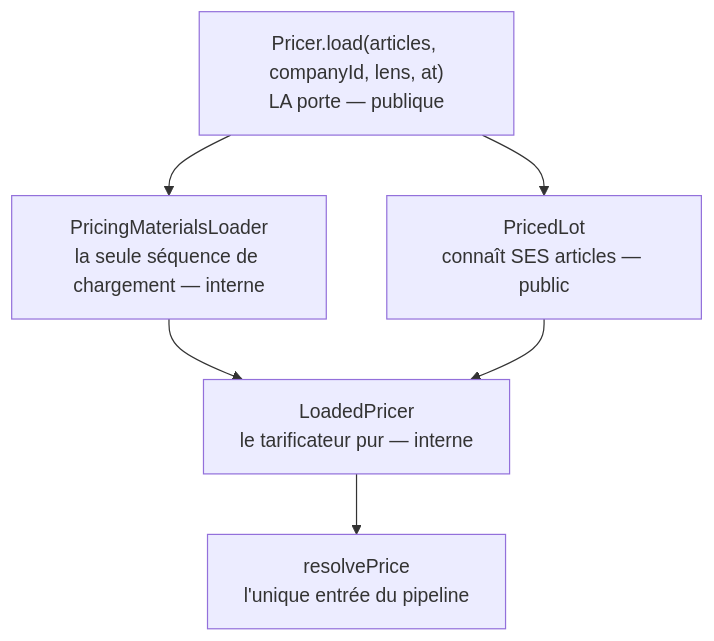
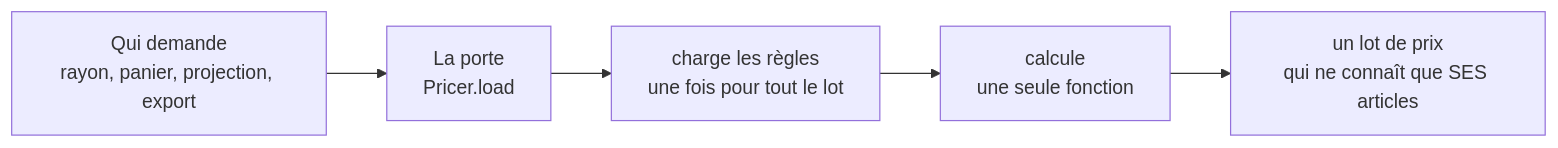
The diagram in documentation/pricing/moteur/architecture-la-porte-du-prix.md (hugoheynard/lfd), drawn with Mermaid before and after one commit. The commit also changed other lines of this file and 1 other file, not shown here.

First line of the commit message:
docs(pricing): la porte du prix, réécrit contre le code

````diff
--- a/documentation/pricing/moteur/architecture-la-porte-du-prix.md
+++ b/documentation/pricing/moteur/architecture-la-porte-du-prix.md
@@ -71,8 +18,7 @@
 ```mermaid
-flowchart TB
-  A["Pricer.load(articles, companyId, lens, at)<br/>LA porte — publique"] --> B["PricingMaterialsLoader<br/>la seule séquence de chargement — interne"]
-  B --> C["LoadedPricer<br/>le tarificateur pur — interne"]
-  A --> D["PricedLot<br/>connaît SES articles — public"]
-  D --> C
-  C --> E["resolvePrice<br/>l'unique entrée du pipeline"]
+flowchart LR
+  A["Qui demande<br/>rayon, panier, projection, export"] --> P["La porte<br/>Pricer.load"]
+  P --> L["charge les règles<br/>une fois pour tout le lot"]
+  L --> C["calcule<br/>une seule fonction"]
+  C --> R["un lot de prix<br/>qui ne connaît que SES articles"]
 ```
````
